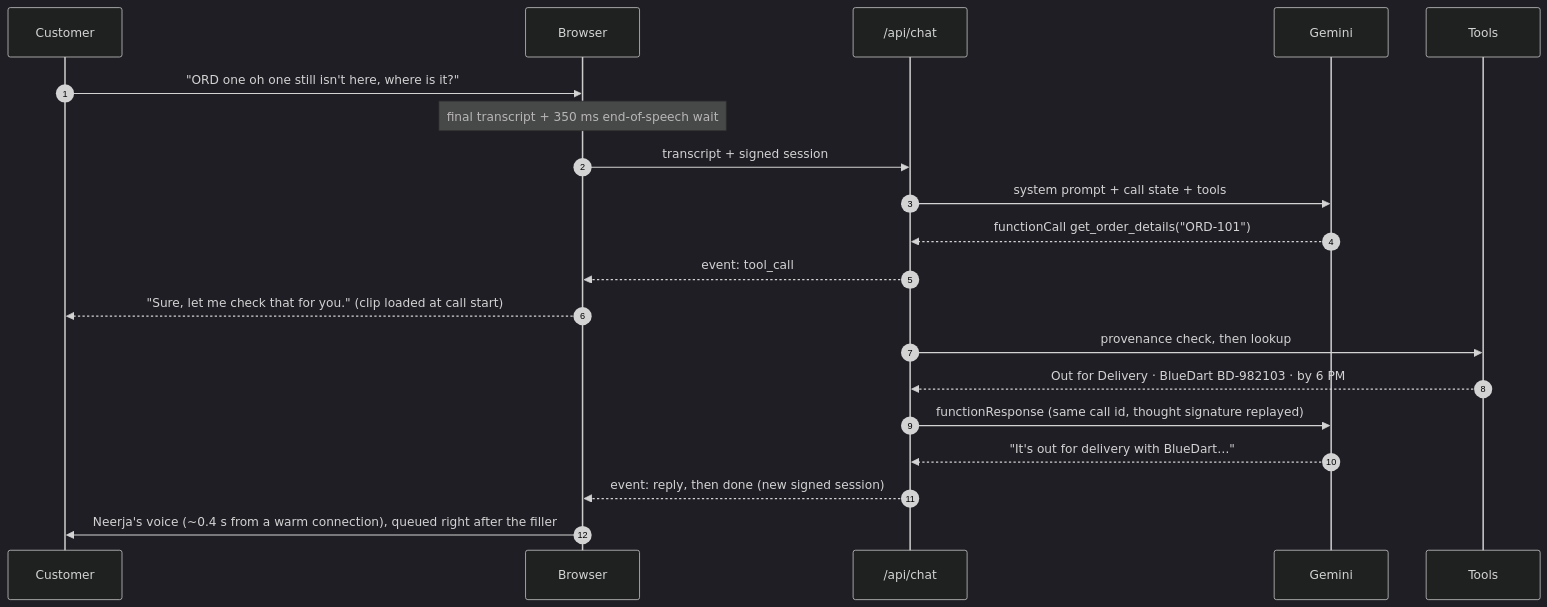
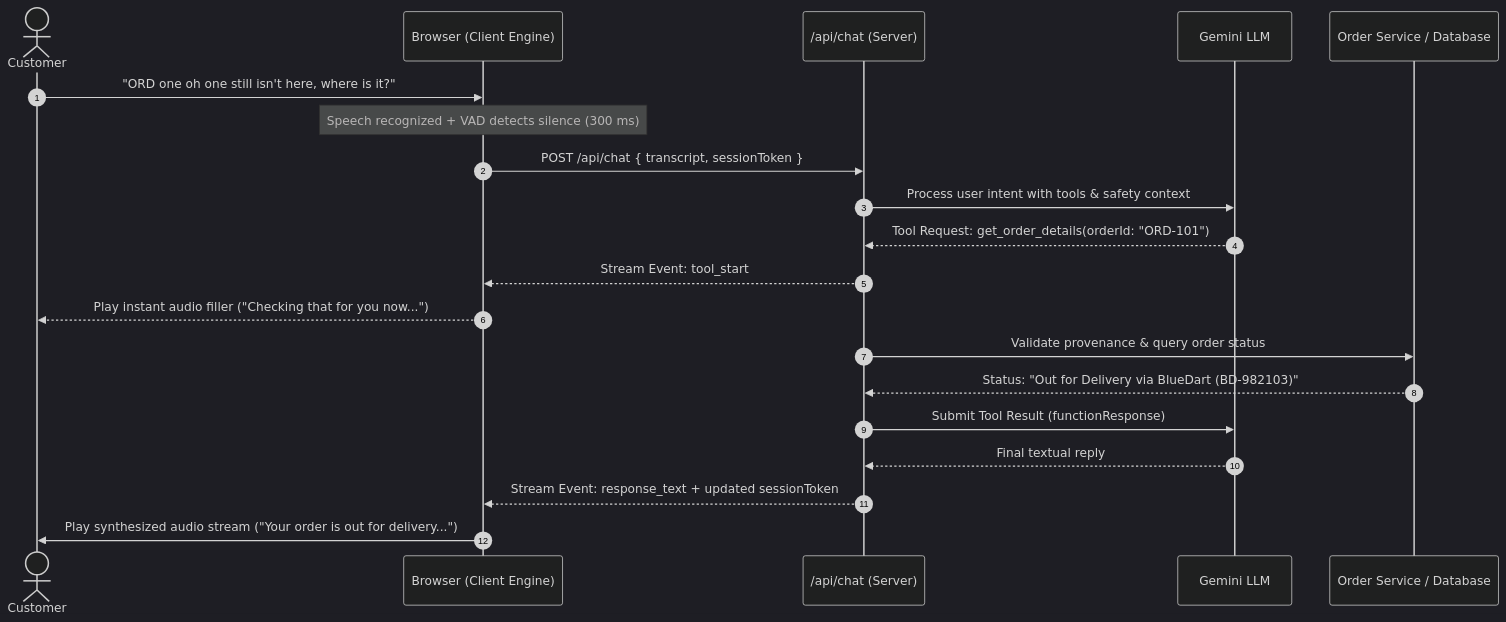
Before and after one commit to Charmaine145/aura-skincare: the second of 2 diagrams in README.md, drawn with Mermaid (dark theme). The commit also changed other lines of this file, not shown here.

First line of the commit message:
Revise README with architecture and design insights

````diff
--- a/README.md
+++ b/README.md
@@ -120,22 +122,23 @@
 ```mermaid
 sequenceDiagram
   autonumber
-  participant C as Customer
-  participant B as Browser
-  participant S as /api/chat
-  participant G as Gemini
-  participant T as Tools
-  C->>B: "ORD one oh one still isn't here, where is it?"
-  Note over B: final transcript + 350 ms end-of-speech wait
-  B->>S: transcript + signed session
-  S->>G: system prompt + call state + tools
-  G-->>S: functionCall get_order_details("ORD-101")
-  S-->>B: event: tool_call
-  B-->>C: "Sure, let me check that for you." (clip loaded at call start)
-  S->>T: provenance check, then lookup
-  T-->>S: Out for Delivery · BlueDart BD-982103 · by 6 PM
-  S->>G: functionResponse (same call id, thought signature replayed)
-  G-->>S: "It's out for delivery with BlueDart…"
-  S-->>B: event: reply, then done (new signed session)
-  B->>C: Neerja's voice (~0.4 s from a warm connection), queued right after the filler
+  actor Customer as Customer
+  participant Client as Browser (Client Engine)
+  participant API as /api/chat (Server)
+  participant Agent as Gemini LLM
+  participant Store as Order Service / Database
+
+  Customer->>Client: "ORD one oh one still isn't here, where is it?"
+  Note over Client: Speech recognized + VAD detects silence (300 ms)
+  Client->>API: POST /api/chat { transcript, sessionToken }
+  API->>Agent: Process user intent with tools & safety context
+  Agent-->>API: Tool Request: get_order_details(orderId: "ORD-101")
+  API-->>Client: Stream Event: tool_start
+  Client-->>Customer: Play instant audio filler ("Checking that for you now...")
+  API->>Store: Validate provenance & query order status
+  Store-->>API: Status: "Out for Delivery via BlueDart (BD-982103)"
+  API->>Agent: Submit Tool Result (functionResponse)
+  Agent-->>API: Final textual reply
+  API-->>Client: Stream Event: response_text + updated sessionToken
+  Client->>Customer: Play synthesized audio stream ("Your order is out for delivery...")
 ```
````
